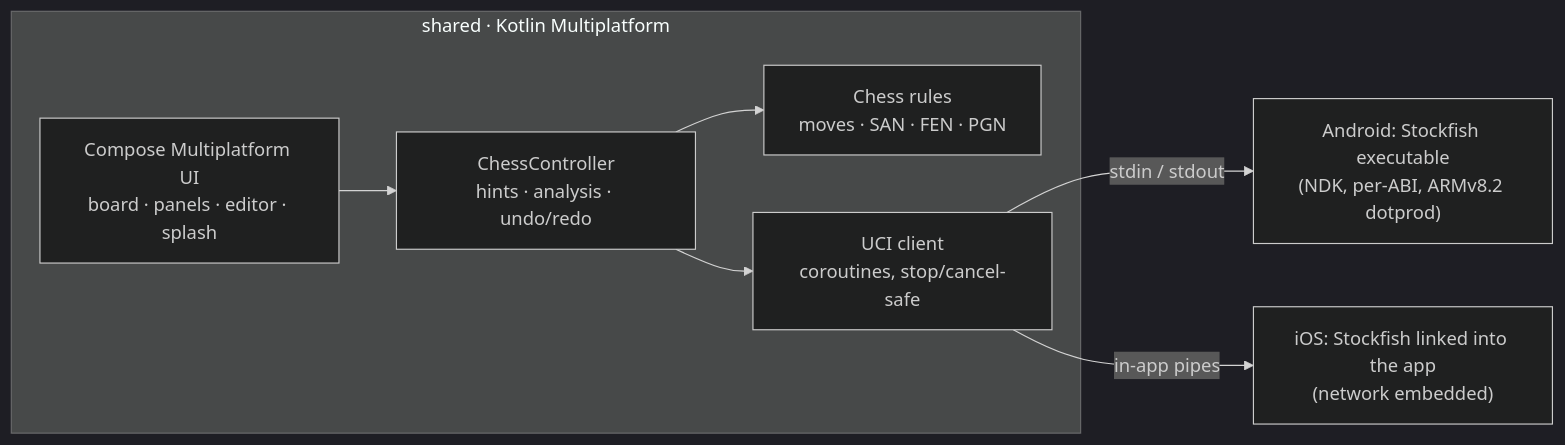
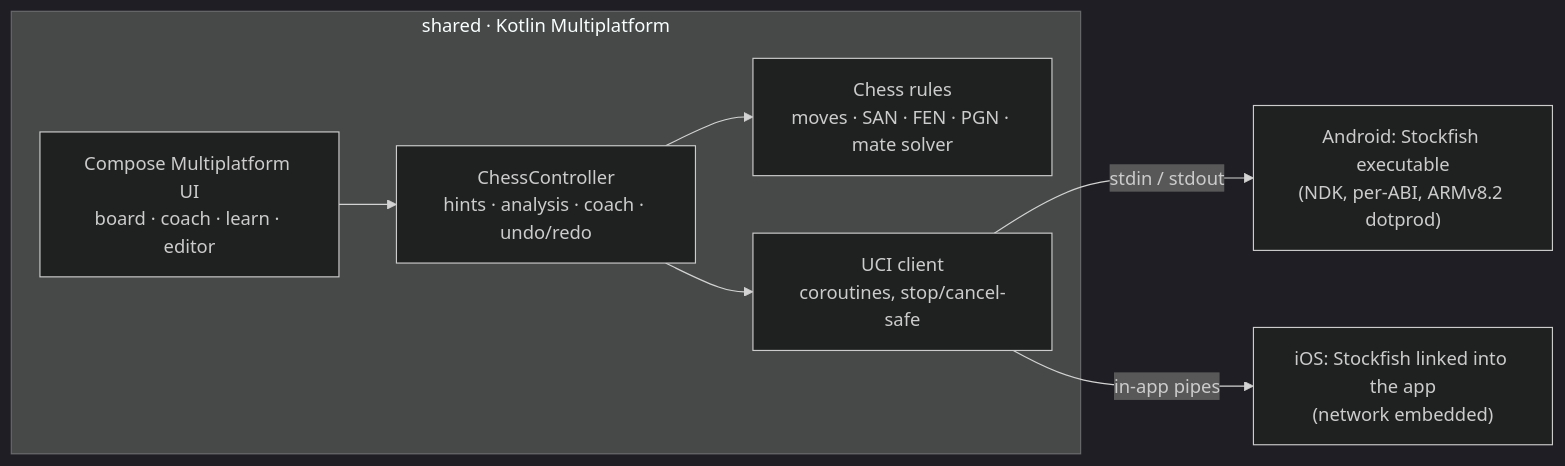
One commit to MiladPezeshkian/GrandMasterGuide changed the diagram in README.md. Above: the diagram before and after it, drawn with Mermaid (dark theme). The commit also changed other lines of this file and 26 other files, not shown here.

First line of the commit message:
Zorix Chess 1.2: coach, puzzles, lessons, Kurdish Sorani, editor fix

````diff
--- a/README.md
+++ b/README.md
@@ -60,10 +63,10 @@
 ```mermaid
 flowchart LR
     subgraph shared["shared · Kotlin Multiplatform"]
-        UI["Compose Multiplatform UI<br/>board · panels · editor · splash"] --> C["ChessController<br/>hints · analysis · undo/redo"]
-        C --> R["Chess rules<br/>moves · SAN · FEN · PGN"]
+        UI["Compose Multiplatform UI<br/>board · coach · learn · editor"] --> C["ChessController<br/>hints · analysis · coach · undo/redo"]
+        C --> R["Chess rules<br/>moves · SAN · FEN · PGN · mate solver"]
         C --> U["UCI client<br/>coroutines, stop/cancel-safe"]
     end
     U -->|"stdin / stdout"| A["Android: Stockfish executable<br/>(NDK, per-ABI, ARMv8.2 dotprod)"]
     U -->|"in-app pipes"| I["iOS: Stockfish linked into the app<br/>(network embedded)"]
 ```
````
